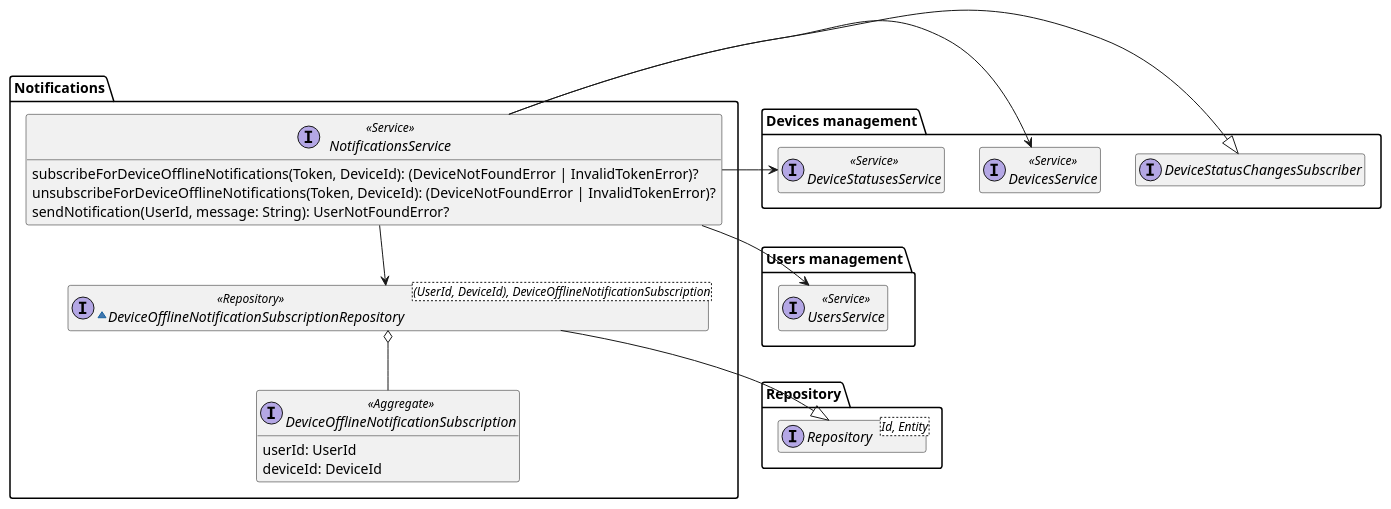
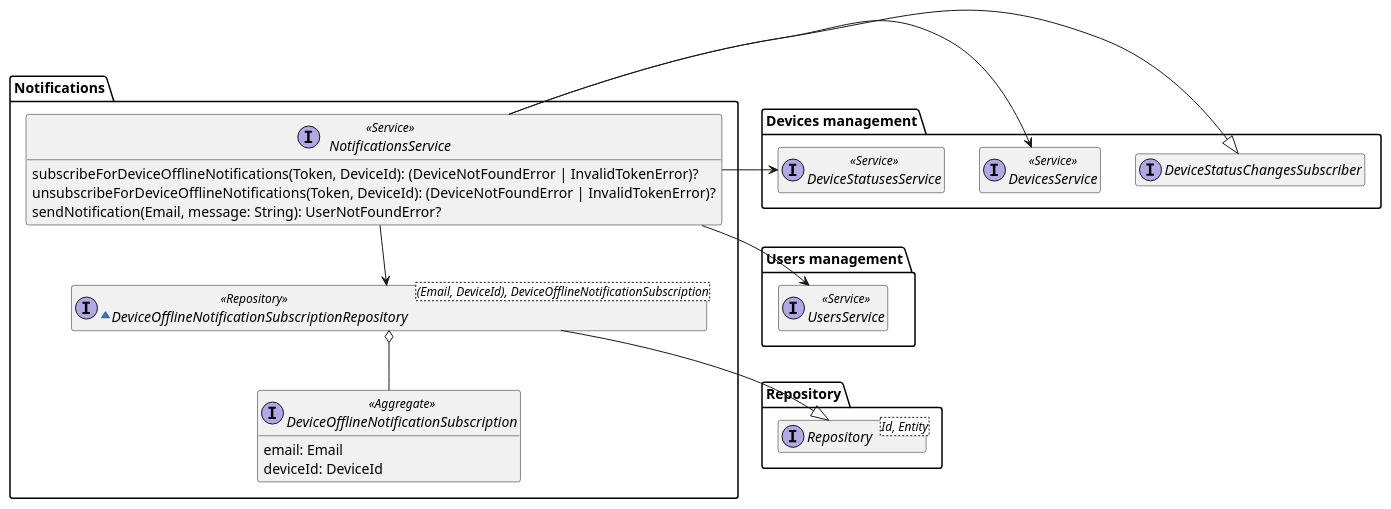
One commit to DomoticASW/.github changed the diagram in diagrams/src/notifications-domain-model.puml. Above: the diagram before and after it, drawn with PlantUML. The commit also changed 7 other files, not shown here.

Commit message:
renamed UserId to Email in diagrams

```diff
--- a/diagrams/src/notifications-domain-model.puml
+++ b/diagrams/src/notifications-domain-model.puml
@@ -1,42 +1,42 @@
 @startuml notifications-domain-model
 
 hide empty members
 package Repository{
     interface Repository<Id, Entity>
 }
 
 package "Users management" as UsersManagement {
     interface UsersService <<Service>>
 }
 
 package "Devices management" as DevicesManagement {
     interface DevicesService <<Service>>
     interface DeviceStatusesService <<Service>>
     interface DeviceStatusChangesSubscriber
 }
 
 package "Notifications" {
     interface NotificationsService <<Service>> {
         subscribeForDeviceOfflineNotifications(Token, DeviceId): (DeviceNotFoundError | InvalidTokenError)?
         unsubscribeForDeviceOfflineNotifications(Token, DeviceId): (DeviceNotFoundError | InvalidTokenError)?
-        sendNotification(UserId, message: String): UserNotFoundError?
+        sendNotification(Email, message: String): UserNotFoundError?
     }
 
-    ~interface DeviceOfflineNotificationSubscriptionRepository<(UserId, DeviceId), DeviceOfflineNotificationSubscription> <<Repository>> {
+    ~interface DeviceOfflineNotificationSubscriptionRepository<(Email, DeviceId), DeviceOfflineNotificationSubscription> <<Repository>> {
     }
 
     interface DeviceOfflineNotificationSubscription <<Aggregate>> {
-        userId: UserId
+        email: Email
         deviceId: DeviceId
     }
 
     NotificationsService --> DeviceOfflineNotificationSubscriptionRepository
     NotificationsService -r-|> DevicesManagement.DeviceStatusChangesSubscriber
     NotificationsService -r-> DevicesManagement.DevicesService
     NotificationsService -r-> DevicesManagement.DeviceStatusesService
     NotificationsService --> UsersManagement.UsersService
     DeviceOfflineNotificationSubscriptionRepository --|> Repository.Repository
     DeviceOfflineNotificationSubscriptionRepository o-- DeviceOfflineNotificationSubscription
 }
 
 @enduml
```
